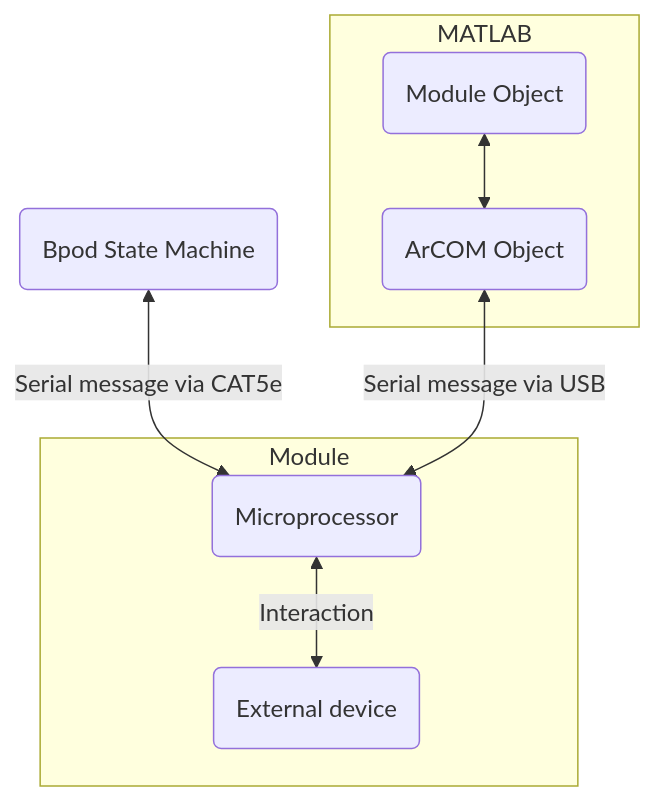
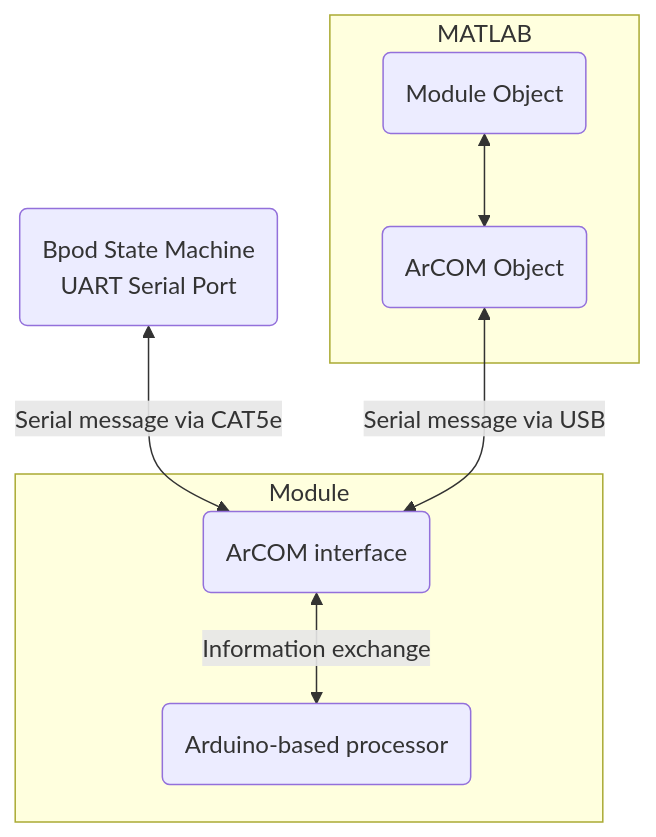
Before and after one commit to ogeesan/bpod-docs-testing: the diagram in docs/user-guide/modules.md, drawn with Mermaid. The commit also changed other lines of this file, not shown here.

````diff
--- a/docs/user-guide/modules.md
+++ b/docs/user-guide/modules.md
@@ -46,17 +20,21 @@
 ```mermaid
 flowchart
+
 subgraph MATLAB
 arcom(ArCOM Object)
 modulefunction(Module Object)
 end
-statemachine(Bpod State Machine)
+
+statemachine(Bpod State Machine\nUART Serial Port)
+
 subgraph Module
-moduleserial(Microprocessor)
-external(External device)
+
+moduleserial(ArCOM interface)
+arduino(Arduino-based processor)
 end
 
 modulefunction <--> arcom
 statemachine <-- Serial message via CAT5e --> moduleserial
 arcom <-- Serial message via USB --> moduleserial
-moduleserial <-- Interaction --> external
+moduleserial <-- Information exchange --> arduino
 ```
````
